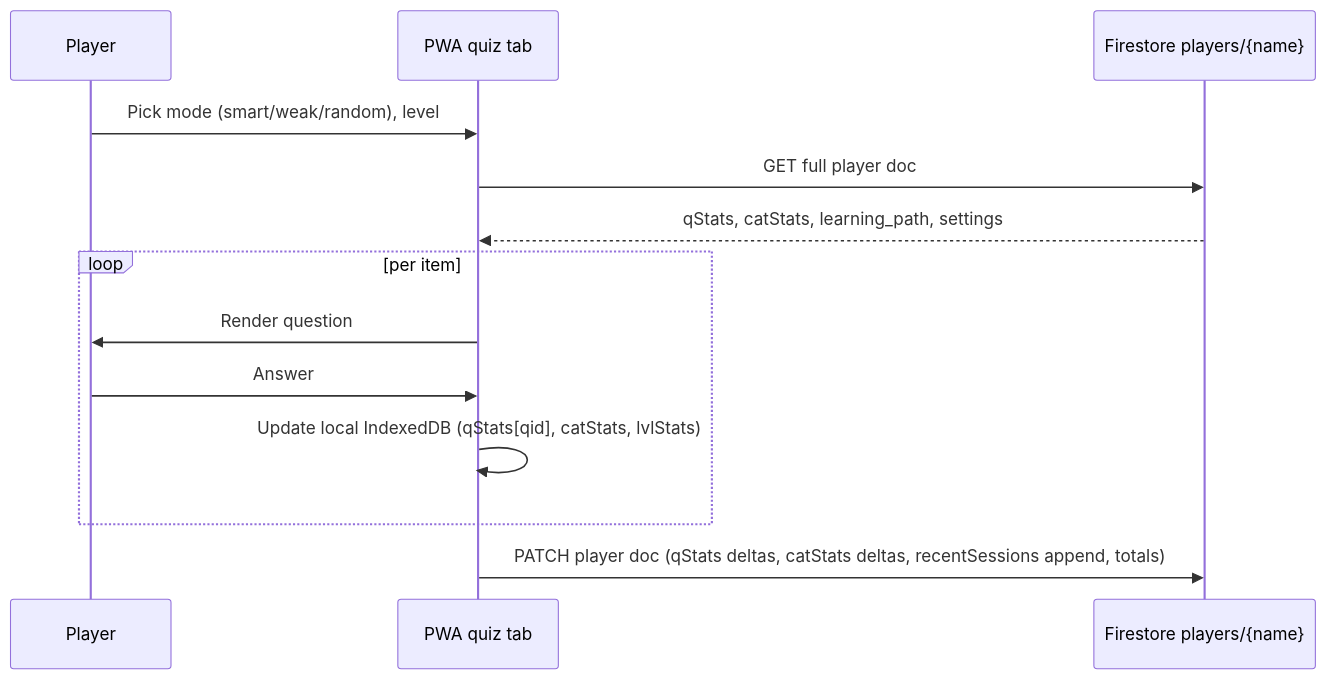
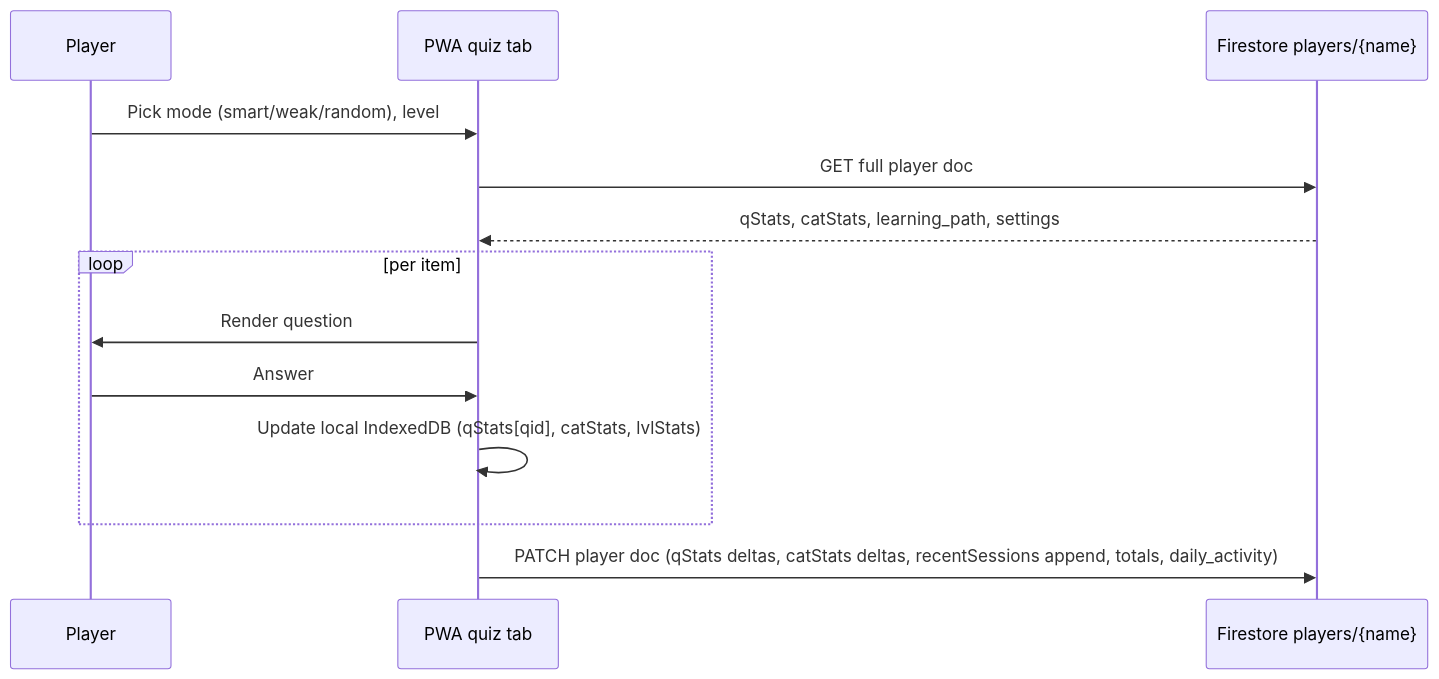
One commit to ArtemSeliverstov/english-quiz changed the first of 5 diagrams in docs/data-flow.md. Above: the diagram before and after it, drawn with Mermaid. The commit also changed other lines of this file and 13 other files, not shown here.

````diff
--- a/docs/data-flow.md
+++ b/docs/data-flow.md
@@ -27,15 +27,15 @@
 ```mermaid
 sequenceDiagram
     participant U as Player
     participant Q as PWA quiz tab
     participant FS as Firestore players/{name}
     U->>Q: Pick mode (smart/weak/random), level
     Q->>FS: GET full player doc
     FS-->>Q: qStats, catStats, learning_path, settings
     loop per item
         Q->>U: Render question
         U->>Q: Answer
         Q->>Q: Update local IndexedDB (qStats[qid], catStats, lvlStats)
     end
-    Q->>FS: PATCH player doc (qStats deltas, catStats deltas, recentSessions append, totals)
+    Q->>FS: PATCH player doc (qStats deltas, catStats deltas, recentSessions append, totals, daily_activity)
 ```
````
